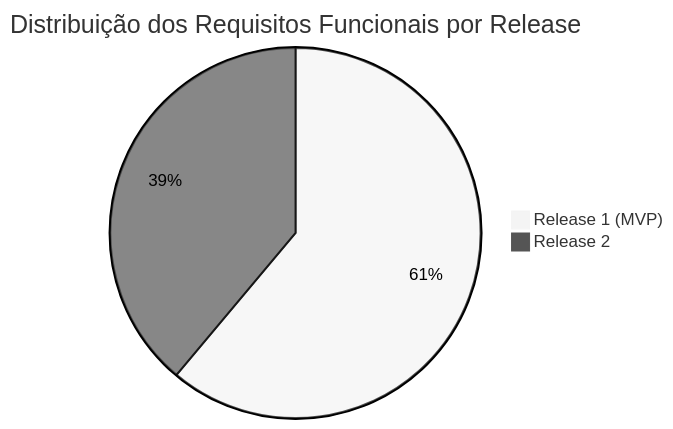
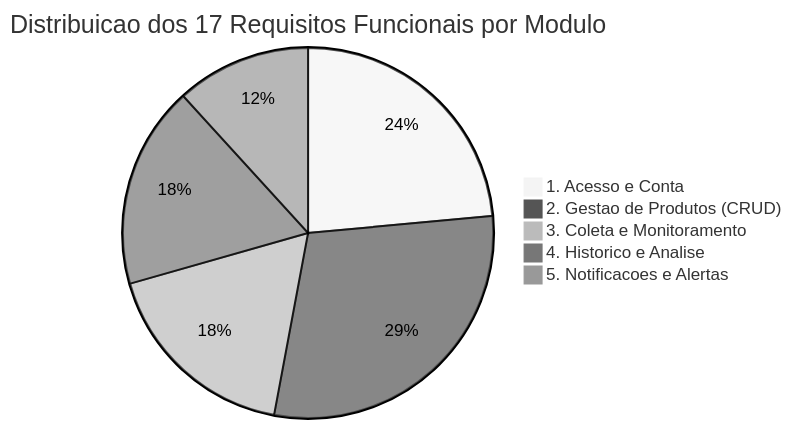
One commit to lucasssmira/monitoramento_precos changed the diagram in docs/requisitos/rastreabilidade.md. Above: the diagram before and after it, drawn with Mermaid (neutral theme). The commit also changed other lines of this file and 8 other files, not shown here.

Commit message:
docs(requisitos): consolidar escopo do mvp, regras de negocio e arquitetura

````diff
--- a/docs/requisitos/rastreabilidade.md
+++ b/docs/requisitos/rastreabilidade.md
@@ -23,5 +21,8 @@
 ```mermaid
-pie title Distribuição dos Requisitos Funcionais por Release
-    "Release 1 (MVP)" : 11
-    "Release 2" : 7
+pie title Distribuicao dos 17 Requisitos Funcionais por Modulo
+    "1. Acesso e Conta" : 4
+    "2. Gestao de Produtos (CRUD)" : 5
+    "3. Coleta e Monitoramento" : 3
+    "4. Historico e Analise" : 3
+    "5. Notificacoes e Alertas" : 2
 ```
````
